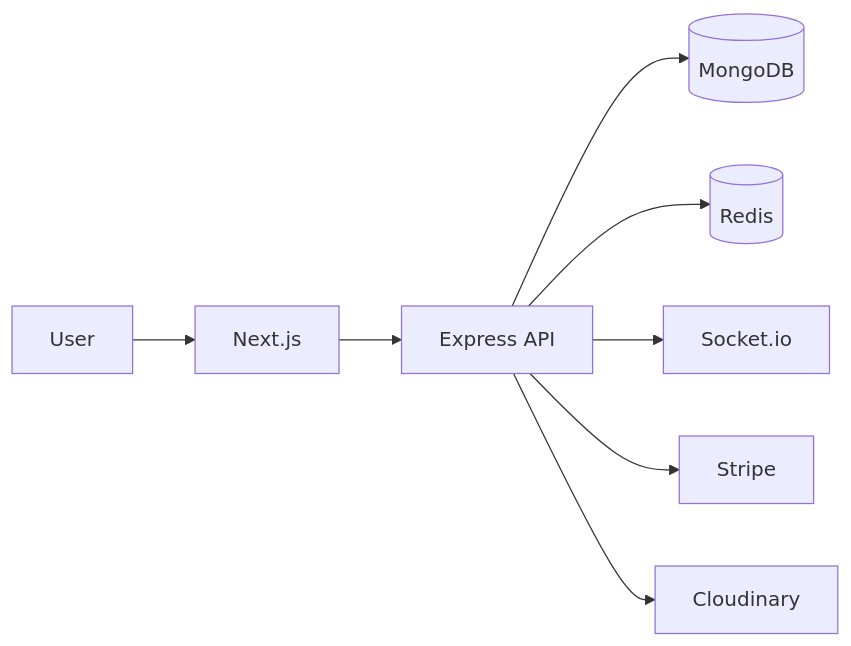
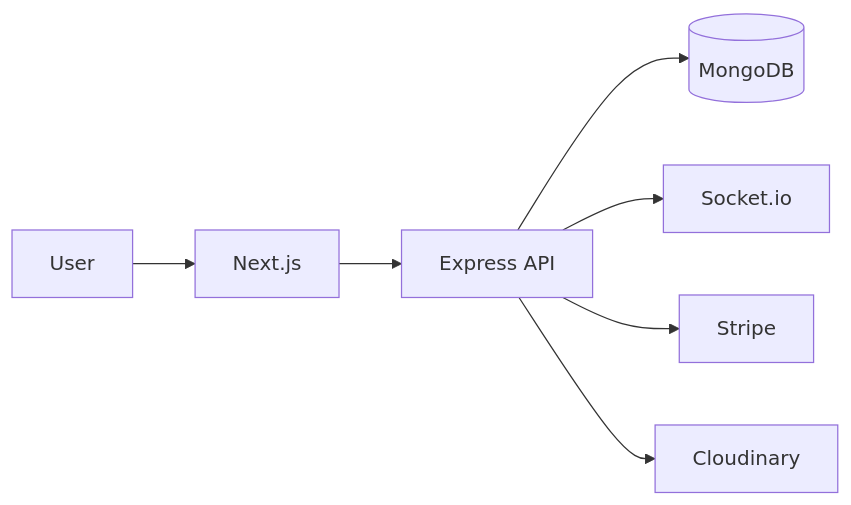
The diagram in README.md (MuhammadSaim32/lms), drawn with Mermaid before and after one commit. The commit also changed other lines of this file, not shown here.

````diff
--- a/README.md
+++ b/README.md
@@ -50,12 +47,25 @@
 ```mermaid
 flowchart LR
-    User["User"] --> Next["Next.js"]
-    Next --> API["Express API"]
 
-    API --> Mongo[("MongoDB")]
-    API --> Redis[("Redis")]
-    API --> Socket["Socket.io"]
+    User["User"]
 
-    API --> Stripe["Stripe"]
-    API --> Cloudinary["Cloudinary"]
+    Next["Next.js"]
+
+    API["Express API"]
+
+    Mongo[("MongoDB")]
+
+    Socket["Socket.io"]
+
+    Stripe["Stripe"]
+
+    Cloudinary["Cloudinary"]
+
+    User --> Next
+    Next --> API
+
+    API --> Mongo
+    API --> Socket
+    API --> Stripe
+    API --> Cloudinary
 ```
````
